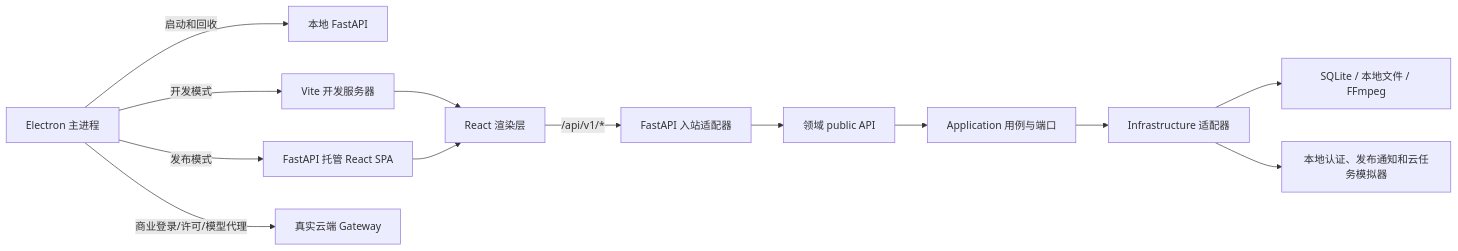
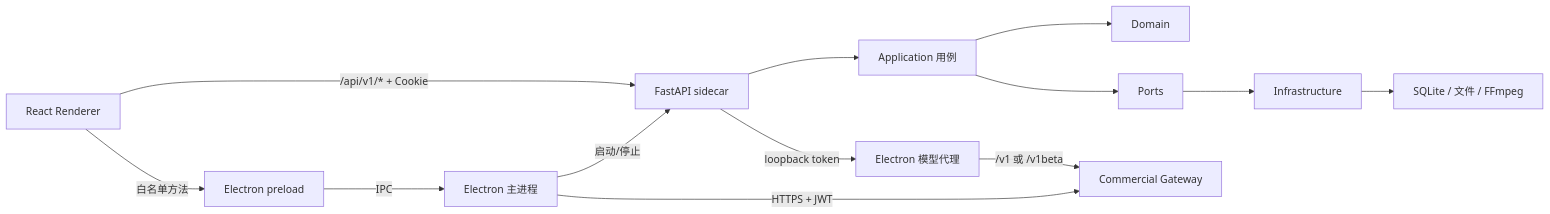
One commit to alanbulan/aianime changed the diagram in README.md. Above: the diagram before and after it, drawn with Mermaid. The commit also changed other lines of this file and 176 other files, not shown here.

````diff
--- a/README.md
+++ b/README.md
@@ -9,15 +35,15 @@
 ```mermaid
 flowchart LR
-    Electron[Electron 主进程] -->|启动和回收| API[本地 FastAPI]
-    Electron -->|开发模式| Vite[Vite 开发服务器]
-    Electron -->|发布模式| SPA[FastAPI 托管 React SPA]
-    Vite --> UI[React 渲染层]
-    SPA --> UI
-    UI -->|/api/v1/*| Routes[FastAPI 入站适配器]
-    Routes --> Public[领域 public API]
-    Public --> App[Application 用例与端口]
-    App --> Infra[Infrastructure 适配器]
-    Infra --> Local[SQLite / 本地文件 / FFmpeg]
-    Infra --> Mock[本地认证、发布通知和云任务模拟器]
-    Electron -->|商业登录/许可/模型代理| Cloud[真实云端 Gateway]
+    UI[React Renderer] -->|白名单方法| Preload[Electron preload]
+    Preload -->|IPC| Main[Electron 主进程]
+    Main -->|启动/停止| API[FastAPI sidecar]
+    UI -->|/api/v1/* + Cookie| API
+    API --> App[Application 用例]
+    App --> Domain[Domain]
+    App --> Ports[Ports]
+    Ports --> Infra[Infrastructure]
+    Infra --> Local[SQLite / 文件 / FFmpeg]
+    Main -->|HTTPS + JWT| Gateway[Commercial Gateway]
+    API -->|loopback token| Proxy[Electron 模型代理]
+    Proxy -->|/v1 或 /v1beta| Gateway
 ```
````
